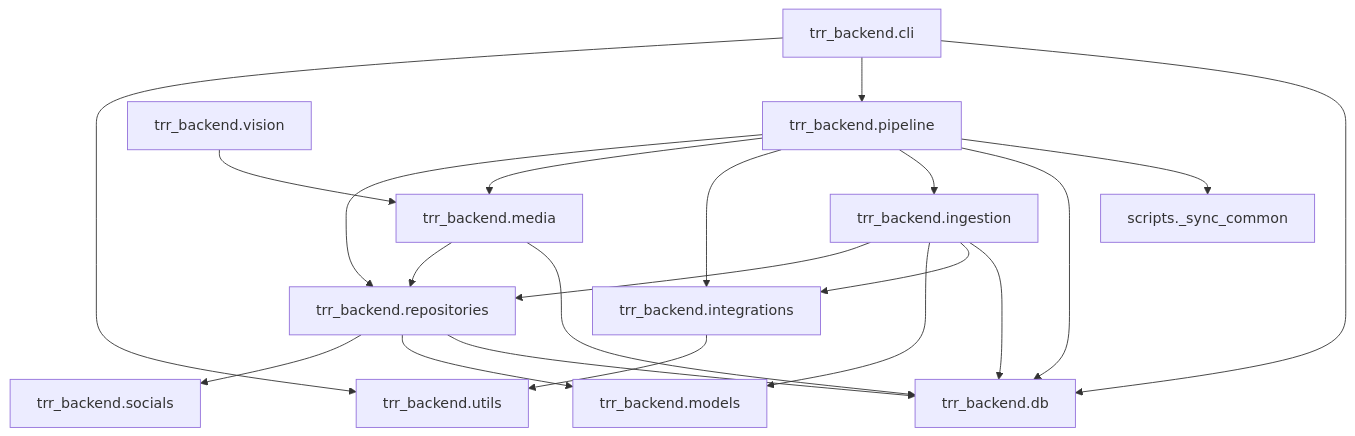
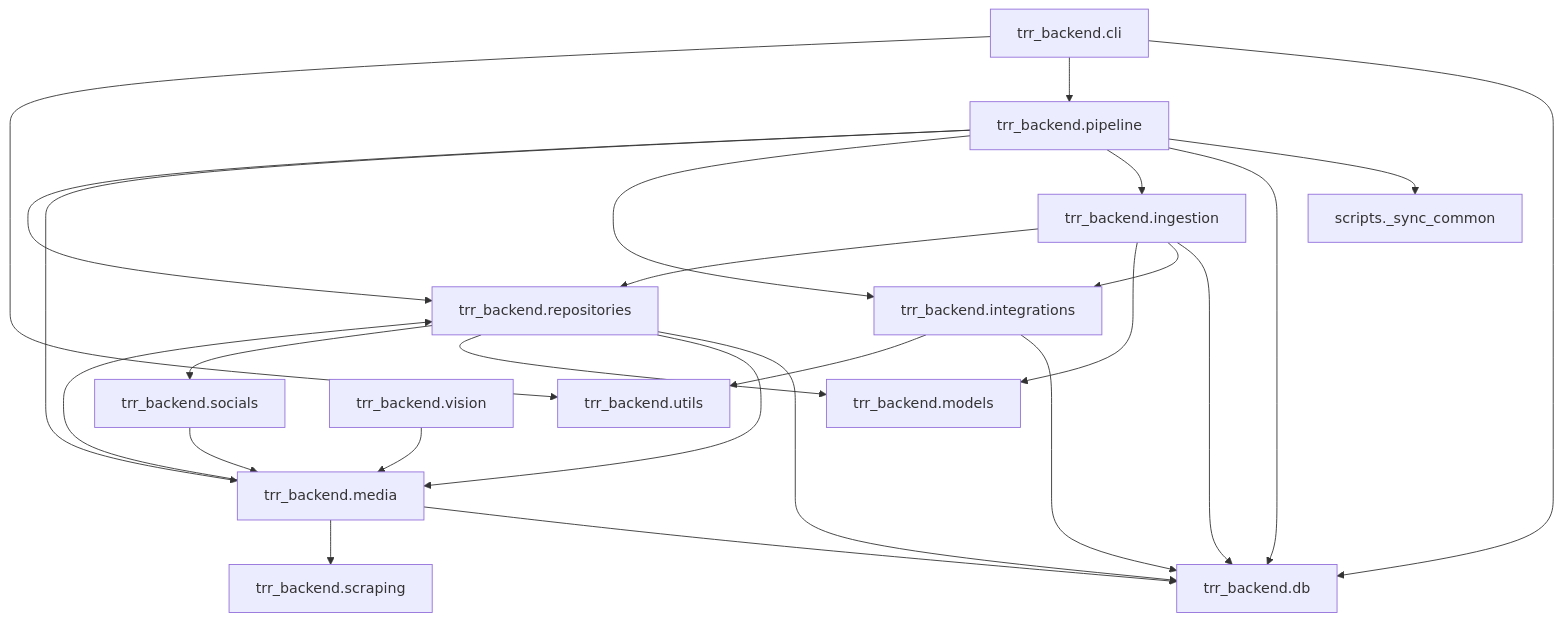
One commit to therealityreport/trr-backend changed the diagram in docs/Repository/generated/CODE_IMPORT_GRAPH.md. Above: the diagram before and after it, drawn with Mermaid. The commit also changed 145 other files, not shown here.

Commit message:
docs: refresh generated repository map and schema diagrams

````diff
--- a/docs/Repository/generated/CODE_IMPORT_GRAPH.md
+++ b/docs/Repository/generated/CODE_IMPORT_GRAPH.md
@@ -3,36 +3,41 @@
 ```mermaid
 flowchart TB
     n0["scripts._sync_common"]
     n1["trr_backend.cli"]
     n2["trr_backend.db"]
     n3["trr_backend.ingestion"]
     n4["trr_backend.integrations"]
     n5["trr_backend.media"]
     n6["trr_backend.models"]
     n7["trr_backend.pipeline"]
     n8["trr_backend.repositories"]
-    n9["trr_backend.socials"]
-    n10["trr_backend.utils"]
-    n11["trr_backend.vision"]
+    n9["trr_backend.scraping"]
+    n10["trr_backend.socials"]
+    n11["trr_backend.utils"]
+    n12["trr_backend.vision"]
 
     n1 --> n2
     n1 --> n7
-    n1 --> n10
+    n1 --> n11
     n3 --> n2
     n3 --> n4
     n3 --> n6
     n3 --> n8
-    n4 --> n10
+    n4 --> n2
+    n4 --> n11
     n5 --> n2
     n5 --> n8
+    n5 --> n9
     n7 --> n0
     n7 --> n2
     n7 --> n3
     n7 --> n4
     n7 --> n5
     n7 --> n8
     n8 --> n2
+    n8 --> n5
     n8 --> n6
-    n8 --> n9
-    n11 --> n5
+    n8 --> n10
+    n10 --> n5
+    n12 --> n5
 ```
````
